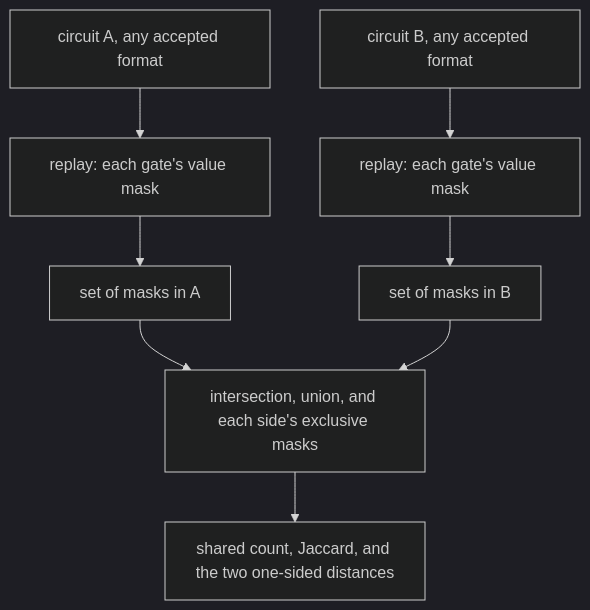
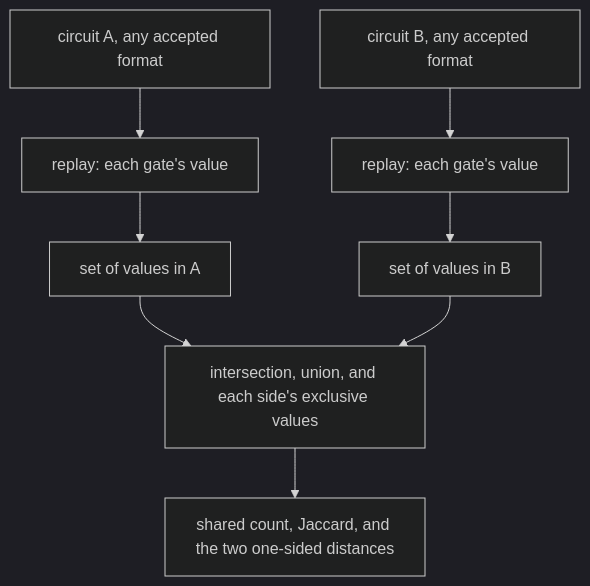
One commit to Joe-b-20/slp-plateau-search changed the diagram in scripts/HOW.md. Above: the diagram before and after it, drawn with Mermaid (dark theme). The commit also changed other lines of this file and 50 other files, not shown here.

````diff
--- a/scripts/HOW.md
+++ b/scripts/HOW.md
@@ -17,10 +18,10 @@
 ```mermaid
 flowchart TD
-    A["circuit A, any accepted format"] --> C["replay: each gate's value mask"]
-    B["circuit B, any accepted format"] --> D["replay: each gate's value mask"]
-    C --> E["set of masks in A"]
-    D --> F["set of masks in B"]
-    E --> G["intersection, union, and each side's exclusive masks"]
+    A["circuit A, any accepted format"] --> C["replay: each gate's value"]
+    B["circuit B, any accepted format"] --> D["replay: each gate's value"]
+    C --> E["set of values in A"]
+    D --> F["set of values in B"]
+    E --> G["intersection, union, and each side's exclusive values"]
     F --> G
     G --> H["shared count, Jaccard, and the two one-sided distances"]
 ```
````
